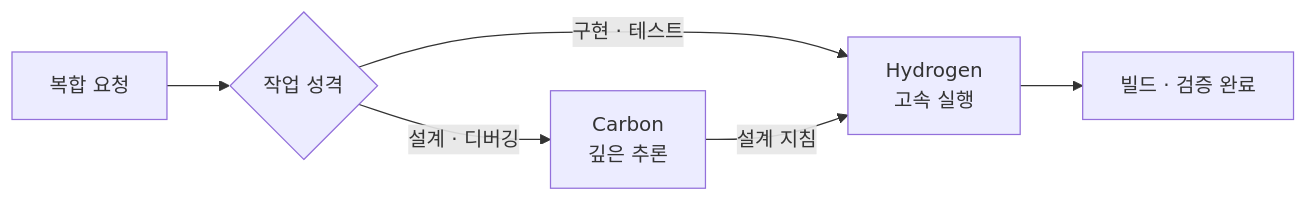
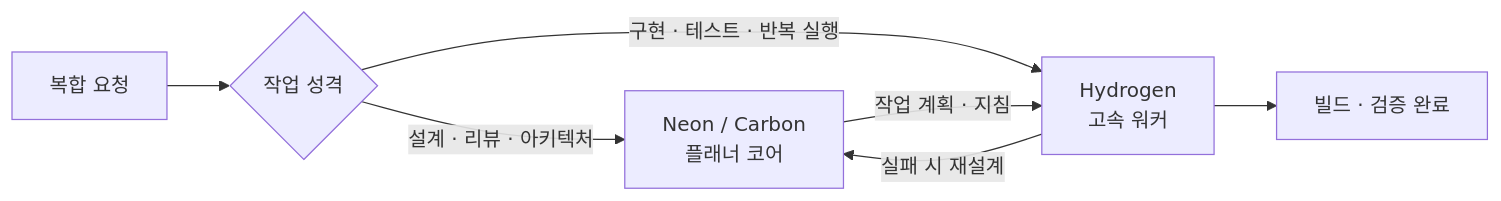
The diagram in files/posts/20261116-1-gemini-4-carbon-hydrogen-comparison-guide.md (seodaeya/seodaeya.github.io), drawn with Mermaid before and after one commit. The commit also changed other lines of this file and 11 other files, not shown here.

````diff
--- a/files/posts/20261116-1-gemini-4-carbon-hydrogen-comparison-guide.md
+++ b/files/posts/20261116-1-gemini-4-carbon-hydrogen-comparison-guide.md
@@ -91,8 +111,9 @@
 ```mermaid
 flowchart LR
     A["복합 요청"] --> B{"작업 성격"}
-    B -->|"설계 · 디버깅"| C["Carbon<br/>깊은 추론"]
-    B -->|"구현 · 테스트"| D["Hydrogen<br/>고속 실행"]
-    C -->|"설계 지침"| D
+    B -->|"설계 · 리뷰 · 아키텍처"| C["Neon / Carbon<br/>플래너 코어"]
+    B -->|"구현 · 테스트 · 반복 실행"| D["Hydrogen<br/>고속 워커"]
+    C -->|"작업 계획 · 지침"| D
+    D -->|"실패 시 재설계"| C
     D --> F["빌드 · 검증 완료"]
 ```
````
